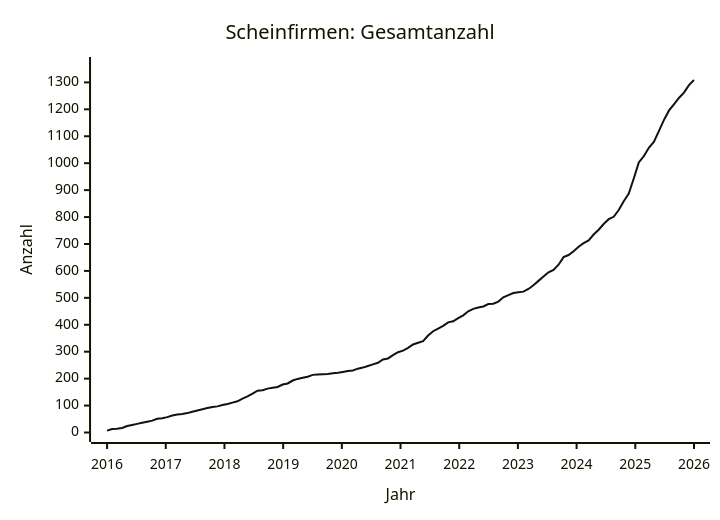
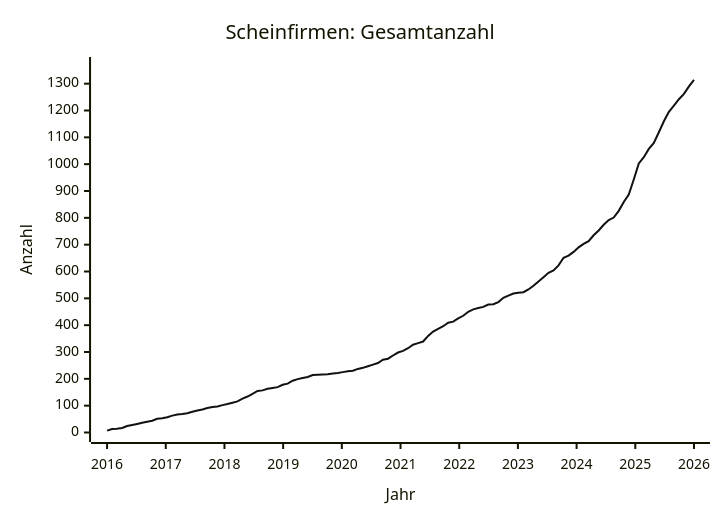
Before and after one commit to arjoma/scheinfirmen-at: the diagram in data/STATS.md, drawn with Mermaid. The commit also changed other lines of this file and 3 other files, not shown here.

````diff
--- a/data/STATS.md
+++ b/data/STATS.md
@@ -9,13 +9,13 @@
 ```mermaid
 ---
 config:
   themeVariables:
     xyChart:
       plotColorPalette: "#111111"
 ---
 xychart-beta
     title "Scheinfirmen: Gesamtanzahl"
     x-axis "Jahr" 2016 --> 2026
-    y-axis "Anzahl" 0 --> 1359
-    line [7, 13, 14, 17, 24, 28, 32, 36, 40, 44, 51, 53, 57, 63, 67, 69, 72, 77, 82, 86, 91, 95, 97, 102, 106, 111, 116, 126, 134, 144, 155, 157, 163, 166, 169, 178, 182, 193, 199, 203, 207, 214, 215, 216, 217, 220, 222, 225, 228, 230, 237, 241, 247, 253, 259, 271, 275, 287, 298, 304, 314, 327, 333, 339, 360, 376, 386, 396, 409, 413, 425, 435, 450, 459, 464, 468, 477, 478, 486, 502, 510, 518, 521, 523, 533, 547, 563, 579, 595, 604, 623, 651, 659, 673, 690, 703, 713, 735, 753, 774, 792, 801, 826, 859, 887, 943, 1003, 1026, 1057, 1079, 1119, 1160, 1195, 1218, 1242, 1262, 1290, 1309]
+    y-axis "Anzahl" 0 --> 1364
+    line [7, 13, 14, 17, 24, 28, 32, 36, 40, 44, 51, 53, 57, 63, 67, 69, 72, 77, 82, 86, 91, 95, 97, 102, 106, 111, 116, 126, 134, 144, 155, 157, 163, 166, 169, 178, 182, 193, 199, 203, 207, 214, 215, 216, 217, 220, 222, 225, 228, 230, 237, 241, 247, 253, 259, 271, 275, 287, 298, 304, 314, 327, 333, 339, 360, 376, 386, 396, 409, 413, 425, 435, 450, 459, 464, 468, 477, 478, 486, 502, 510, 518, 521, 523, 533, 547, 563, 579, 595, 604, 623, 651, 659, 673, 690, 703, 713, 735, 753, 774, 792, 801, 826, 859, 887, 943, 1003, 1026, 1057, 1079, 1119, 1160, 1195, 1218, 1242, 1262, 1290, 1314]
 ```
````
